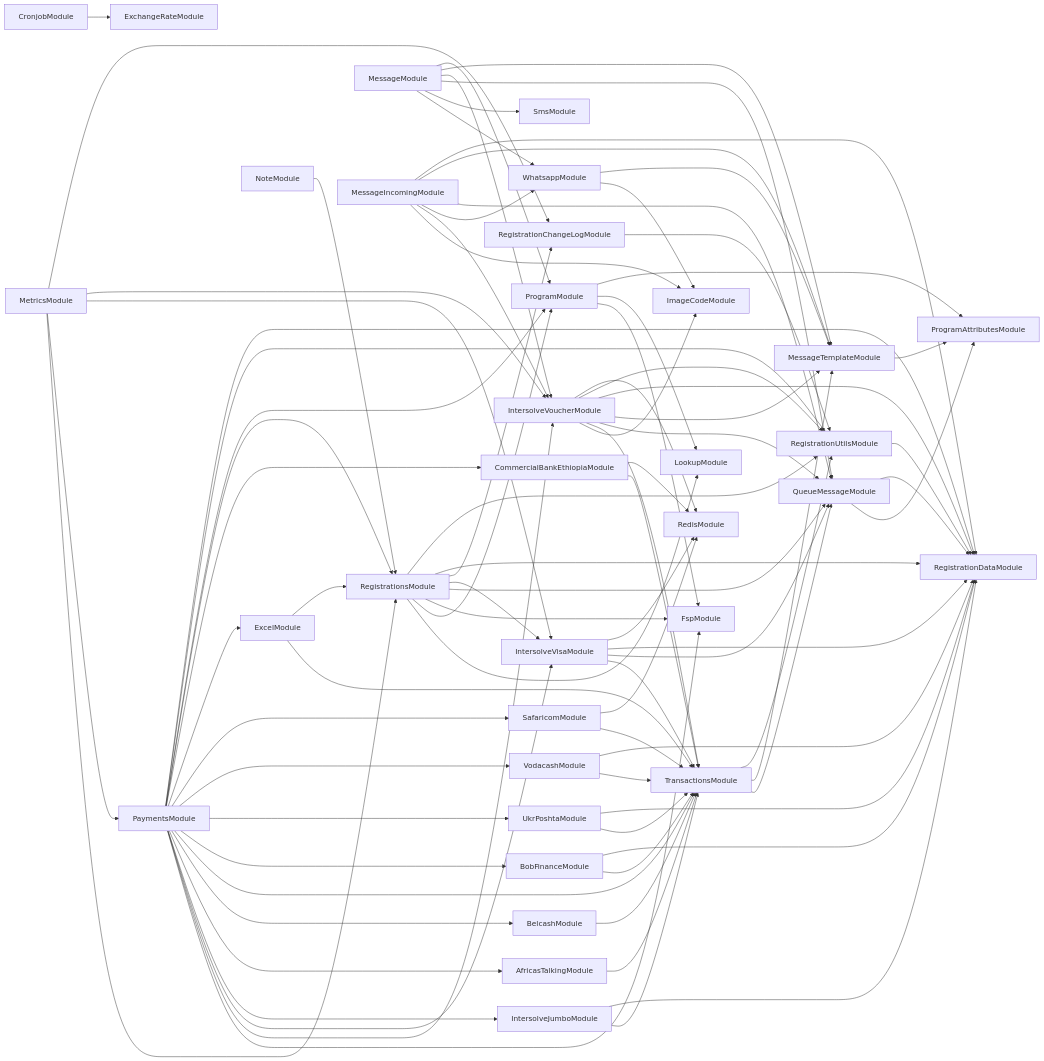
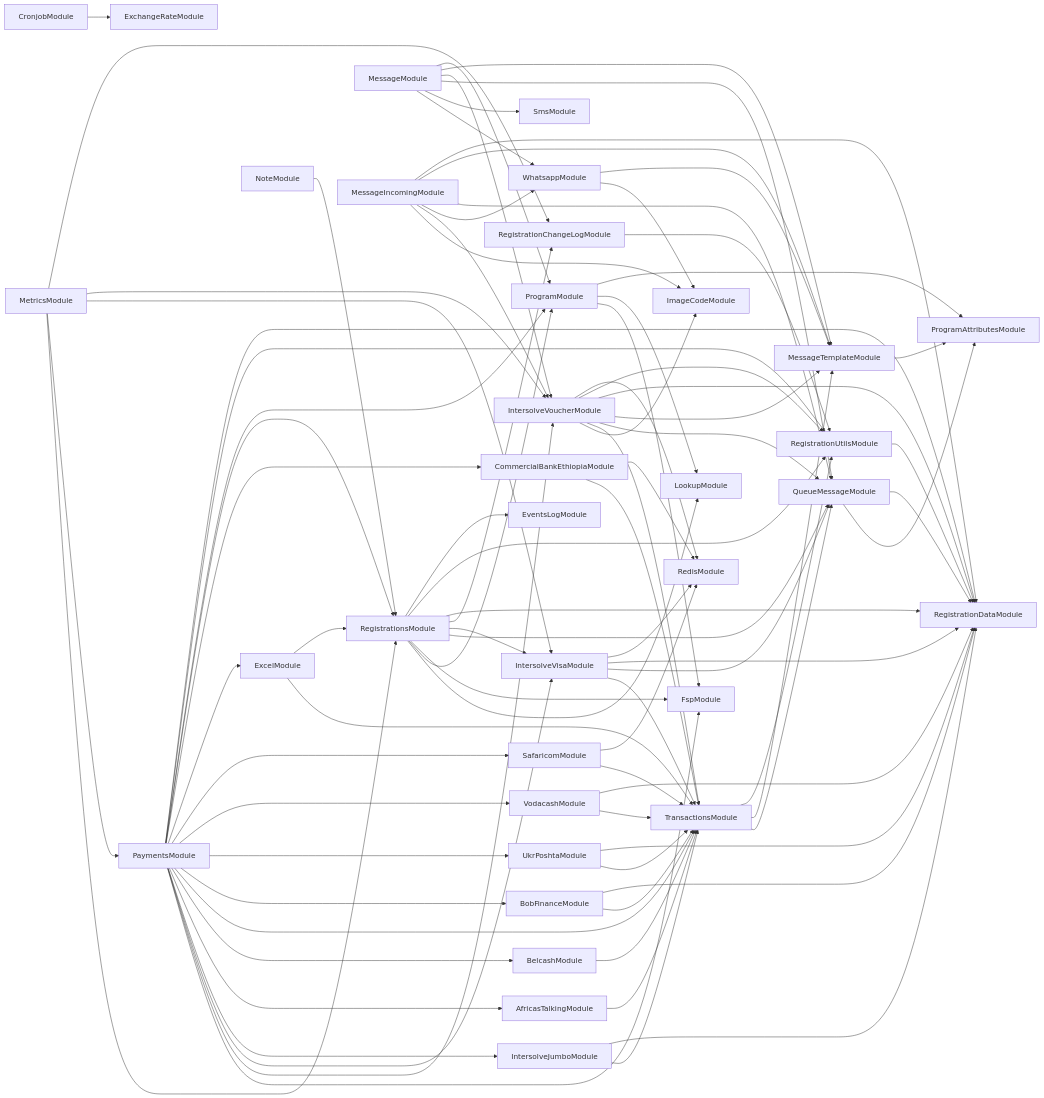
One commit to global-121/121-platform changed the diagram in services/121-service/module-dependencies.md. Above: the diagram before and after it, drawn with Mermaid. The commit also changed 13 other files, not shown here.

Commit message:
AB#26416 log fsp and attribute change events

```diff
--- a/services/121-service/module-dependencies.md
+++ b/services/121-service/module-dependencies.md
@@ -26,6 +26,7 @@
   RegistrationChangeLogModule-->RegistrationUtilsModule
   RegistrationsModule-->RegistrationDataModule
   RegistrationsModule-->RegistrationUtilsModule
+  RegistrationsModule-->EventsLogModule
   MessageModule-->WhatsappModule
   WhatsappModule-->ImageCodeModule
   WhatsappModule-->MessageTemplateModule
```
